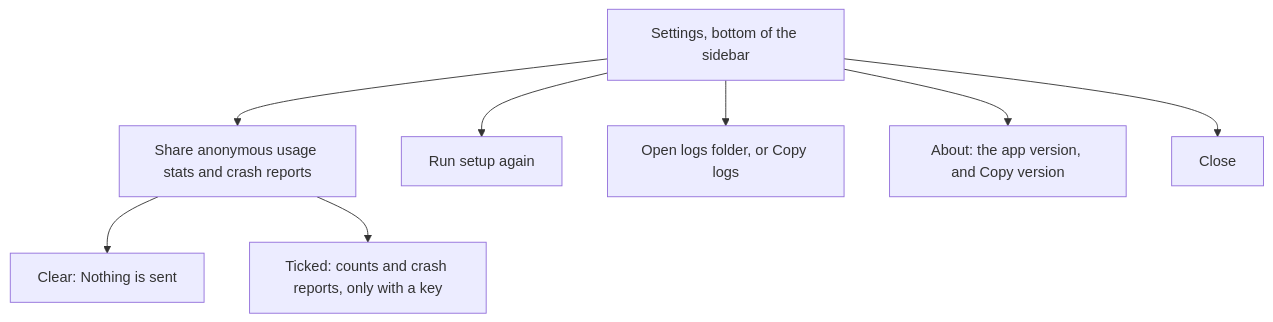
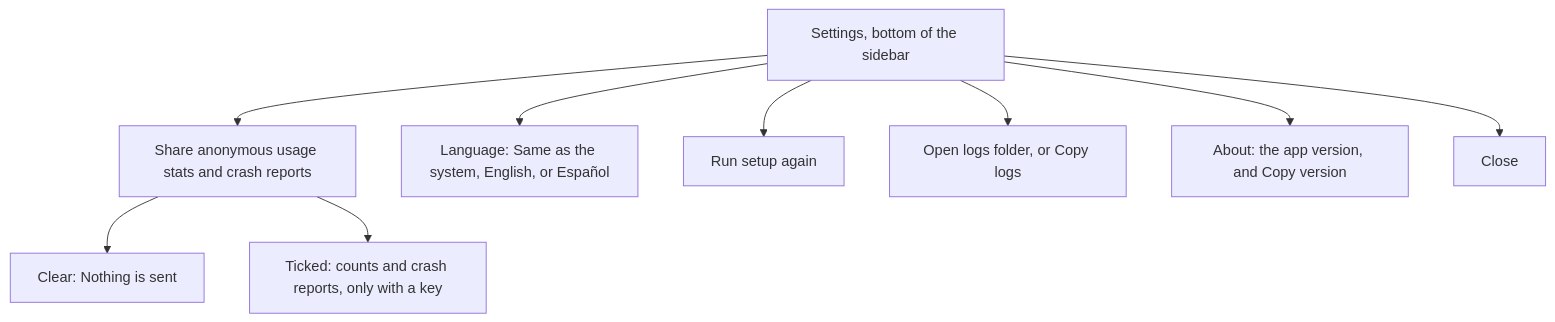
One commit to mookiejones/serato-library-manager changed the diagram in docs/wiki/Settings.md. Above: the diagram before and after it, drawn with Mermaid. The commit also changed other lines of this file and 54 other files, not shown here.

````diff
--- a/docs/wiki/Settings.md
+++ b/docs/wiki/Settings.md
@@ -8,10 +8,11 @@
 ```mermaid
 flowchart TD
   rail["Settings, bottom of the sidebar"] --> box["Share anonymous usage stats and crash reports"]
   box --> off["Clear: Nothing is sent"]
   box --> on["Ticked: counts and crash reports, only with a key"]
+  rail --> language["Language: Same as the system, English, or Español"]
   rail --> again["Run setup again"]
   rail --> logs["Open logs folder, or Copy logs"]
   rail --> about["About: the app version, and Copy version"]
   rail --> close["Close"]
 ```
````
